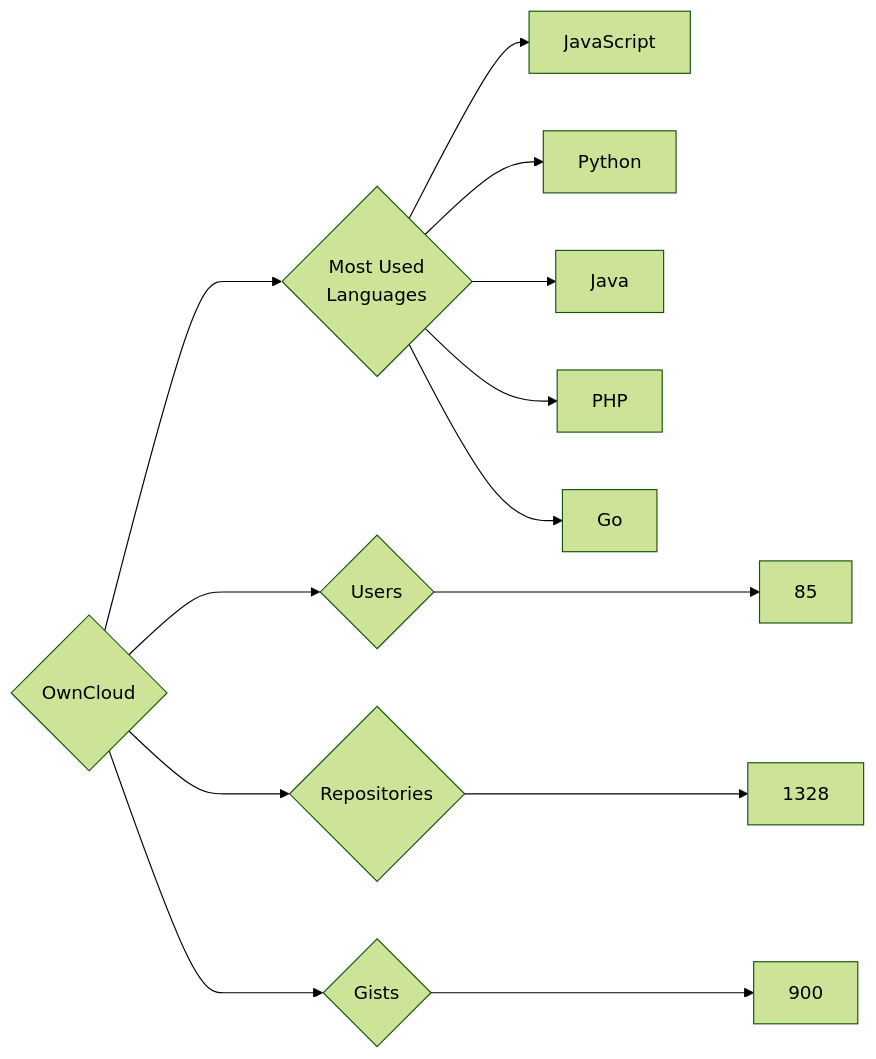
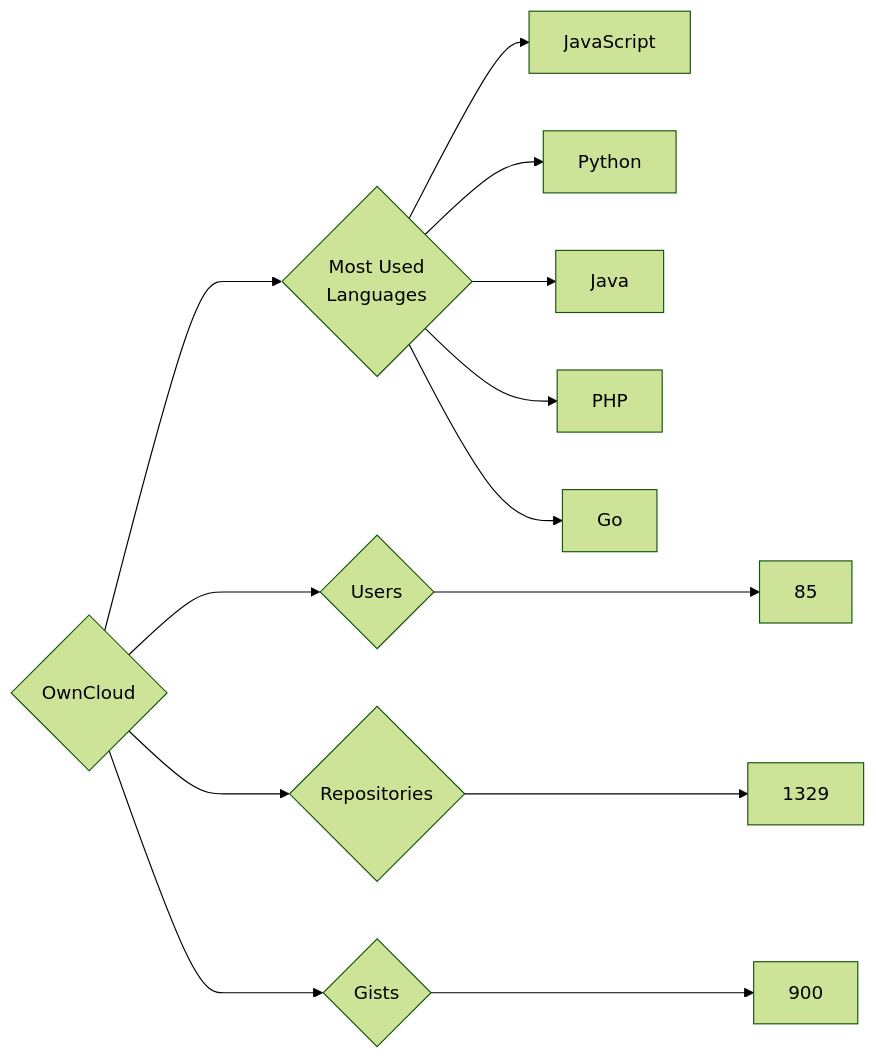
The diagram in targets/OwnCloud/README.md (trickest/insiders), drawn with Mermaid (forest theme) before and after one commit. The commit also changed 903 other files, not shown here.

````diff
--- a/targets/OwnCloud/README.md
+++ b/targets/OwnCloud/README.md
@@ -3,13 +3,13 @@
 ```mermaid
 graph LR
 COMPANY_NAME{OwnCloud}
 COMPANY_NAME ---> U{Users} ---> UN[85]
-COMPANY_NAME ---> R{Repositories} ---> RN[1328]
+COMPANY_NAME ---> R{Repositories} ---> RN[1329]
 COMPANY_NAME ---> G{Gists} ---> GN[900]
 COMPANY_NAME ---> ML{Most Used<br>Languages}
 ML --> JavaScript[JavaScript]
 ML --> Python[Python]
 ML --> Java[Java]
 ML --> PHP[PHP]
 ML --> Go[Go]
 ```
````
